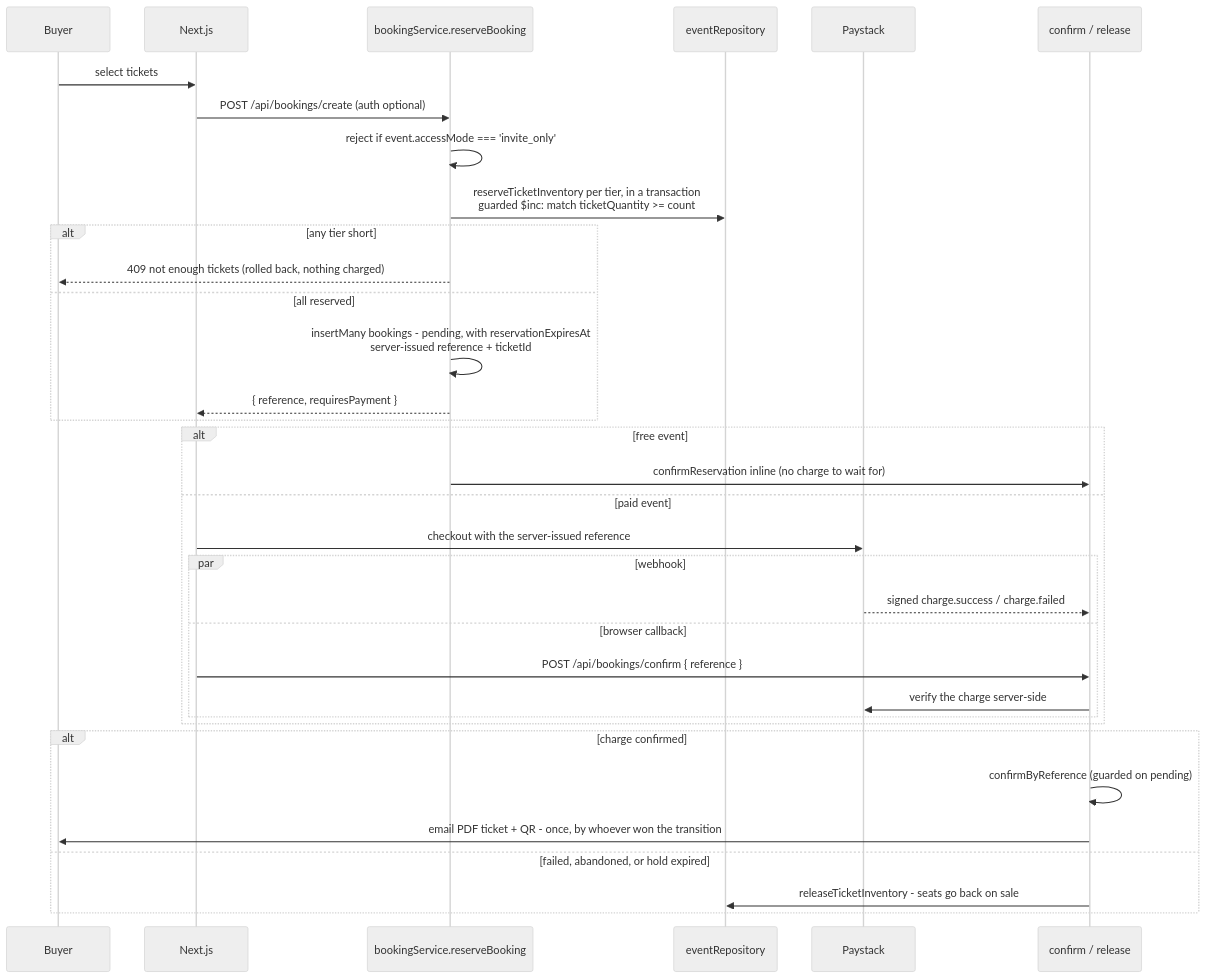
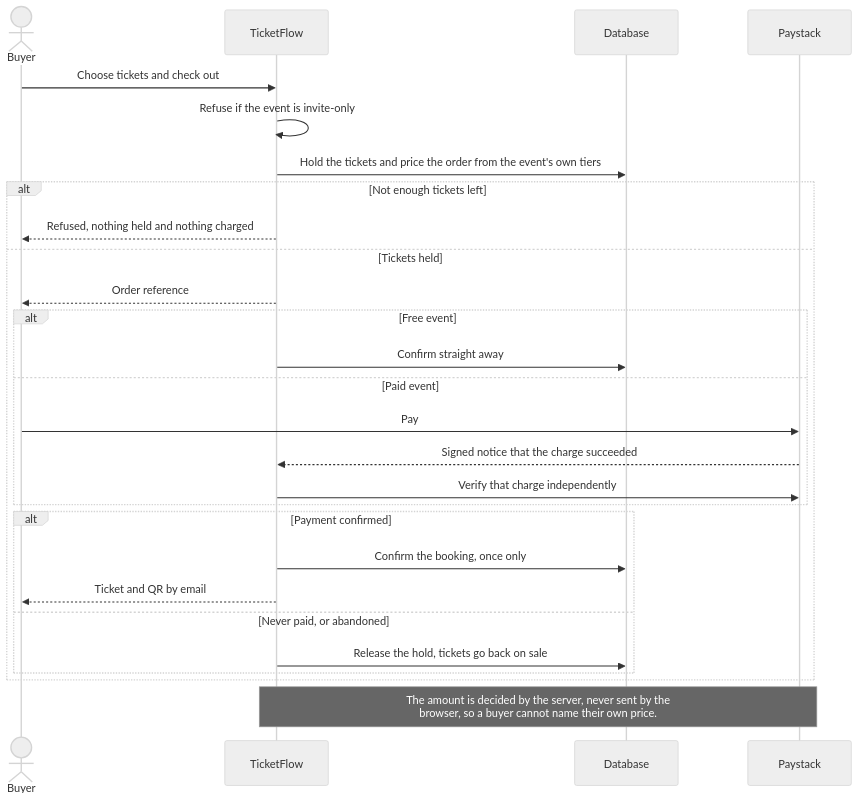
One commit to dLuxKid/ticketflow changed the fifth of 6 diagrams in docs/architecture-diagram.md. Above: the diagram before and after it, drawn with Mermaid (neutral theme). The commit also changed other lines of this file and 62 other files, not shown here.

````diff
--- a/docs/architecture-diagram.md
+++ b/docs/architecture-diagram.md
@@ -255,39 +248,33 @@
 ```mermaid
 sequenceDiagram
-    participant B as Buyer
-    participant FE as Next.js
-    participant BS as bookingService.reserveBooking
-    participant ER as eventRepository
+    actor B as Buyer
+    participant APP as TicketFlow
+    participant DB as Database
     participant PS as Paystack
-    participant CF as confirm / release
 
-    B->>FE: select tickets
-    FE->>BS: POST /api/bookings/create (auth optional)
-    BS->>BS: reject if event.accessMode === 'invite_only'
-    BS->>ER: reserveTicketInventory per tier, in a transaction<br/>guarded $inc: match ticketQuantity >= count
-    alt any tier short
-        BS-->>B: 409 not enough tickets (rolled back, nothing charged)
-    else all reserved
-        BS->>BS: insertMany bookings - pending, with reservationExpiresAt<br/>server-issued reference + ticketId
-        BS-->>FE: { reference, requiresPayment }
-    end
+    B->>APP: Choose tickets and check out
+    APP->>APP: Refuse if the event is invite-only
+    APP->>DB: Hold the tickets and price the order from the event's own tiers
 
-    alt free event
-        BS->>CF: confirmReservation inline (no charge to wait for)
-    else paid event
-        FE->>PS: checkout with the server-issued reference
-        par webhook
-            PS-->>CF: signed charge.success / charge.failed
-        and browser callback
-            FE->>CF: POST /api/bookings/confirm { reference }
-            CF->>PS: verify the charge server-side
+    alt Not enough tickets left
+        APP-->>B: Refused, nothing held and nothing charged
+    else Tickets held
+        APP-->>B: Order reference
+
+        alt Free event
+            APP->>DB: Confirm straight away
+        else Paid event
+            B->>PS: Pay
+            PS-->>APP: Signed notice that the charge succeeded
+            APP->>PS: Verify that charge independently
+        end
+
+        alt Payment confirmed
+            APP->>DB: Confirm the booking, once only
+            APP-->>B: Ticket and QR by email
+        else Never paid, or abandoned
+            APP->>DB: Release the hold, tickets go back on sale
         end
     end
-
-    alt charge confirmed
-        CF->>CF: confirmByReference (guarded on pending)
-        CF->>B: email PDF ticket + QR - once, by whoever won the transition
-    else failed, abandoned, or hold expired
-        CF->>ER: releaseTicketInventory - seats go back on sale
-    end
+    Note over APP,PS: The amount is decided by the server, never sent by the<br/>browser, so a buyer cannot name their own price.
 ```
````
